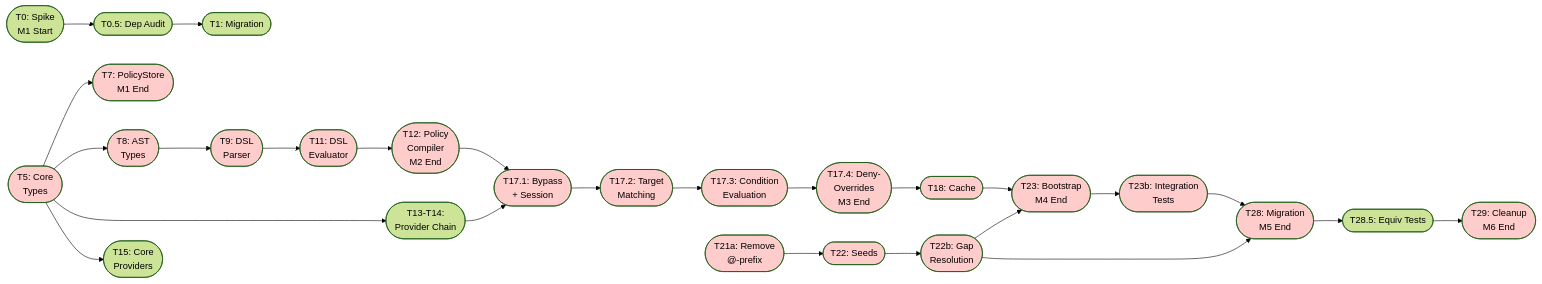
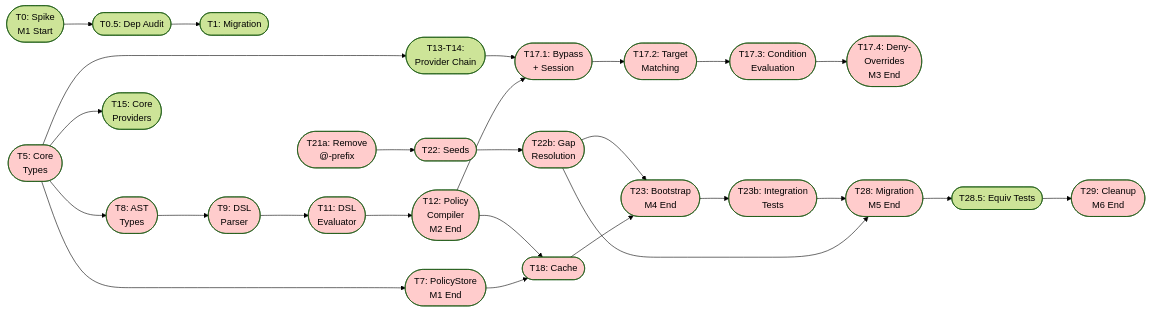
One commit to holomush/holomush changed the first of 2 diagrams in docs/plans/2026-02-06-full-abac-implementation.md. Above: the diagram before and after it, drawn with Mermaid (forest theme). The commit also changed other lines of this file and 3 other files, not shown here.

````diff
--- a/docs/plans/2026-02-06-full-abac-implementation.md
+++ b/docs/plans/2026-02-06-full-abac-implementation.md
@@ -105,51 +105,51 @@
 ```mermaid
 graph LR
     T0([T0: Spike<br/>M1 Start]) --> T0_5([T0.5: Dep Audit])
     T0_5 --> T1([T1: Migration])
     T5([T5: Core<br/>Types])
     T5 --> T7([T7: PolicyStore<br/>M1 End])
 
     T5 --> T8([T8: AST<br/>Types])
     T5 --> T13_14([T13-T14:<br/>Provider Chain])
     T5 --> T15([T15: Core<br/>Providers])
 
     T8 --> T9([T9: DSL<br/>Parser])
     T9 --> T11([T11: DSL<br/>Evaluator])
     T11 --> T12([T12: Policy<br/>Compiler<br/>M2 End])
     T12 --> T17_1([T17.1: Bypass<br/>+ Session])
     T13_14 --> T17_1
     T17_1 --> T17_2([T17.2: Target<br/>Matching])
     T17_2 --> T17_3([T17.3: Condition<br/>Evaluation])
     T17_3 --> T17_4([T17.4: Deny-<br/>Overrides<br/>M3 End])
-
-    T17_4 --> T18([T18: Cache])
+    T7 --> T18([T18: Cache])
+    T12 --> T18
     T18 --> T23([T23: Bootstrap<br/>M4 End])
     T21a([T21a: Remove<br/>@-prefix])
     T21a --> T22([T22: Seeds])
     T22 --> T22b([T22b: Gap<br/>Resolution])
     T22b --> T23
     T22b --> T28
     T23 --> T23b([T23b: Integration<br/>Tests])
     T23b --> T28([T28: Migration<br/>M5 End])
     T28 --> T28_5([T28.5: Equiv Tests])
     T28_5 --> T29([T29: Cleanup<br/>M6 End])
 
     style T7 fill:#ffcccc
     style T5 fill:#ffcccc
     style T8 fill:#ffcccc
     style T9 fill:#ffcccc
     style T11 fill:#ffcccc
     style T12 fill:#ffcccc
     style T17_1 fill:#ffcccc
     style T17_2 fill:#ffcccc
     style T17_3 fill:#ffcccc
     style T17_4 fill:#ffcccc
     style T18 fill:#ffcccc
     style T21a fill:#ffcccc
     style T22 fill:#ffcccc
     style T22b fill:#ffcccc
     style T23 fill:#ffcccc
     style T23b fill:#ffcccc
     style T28 fill:#ffcccc
     style T29 fill:#ffcccc
 ```
````
